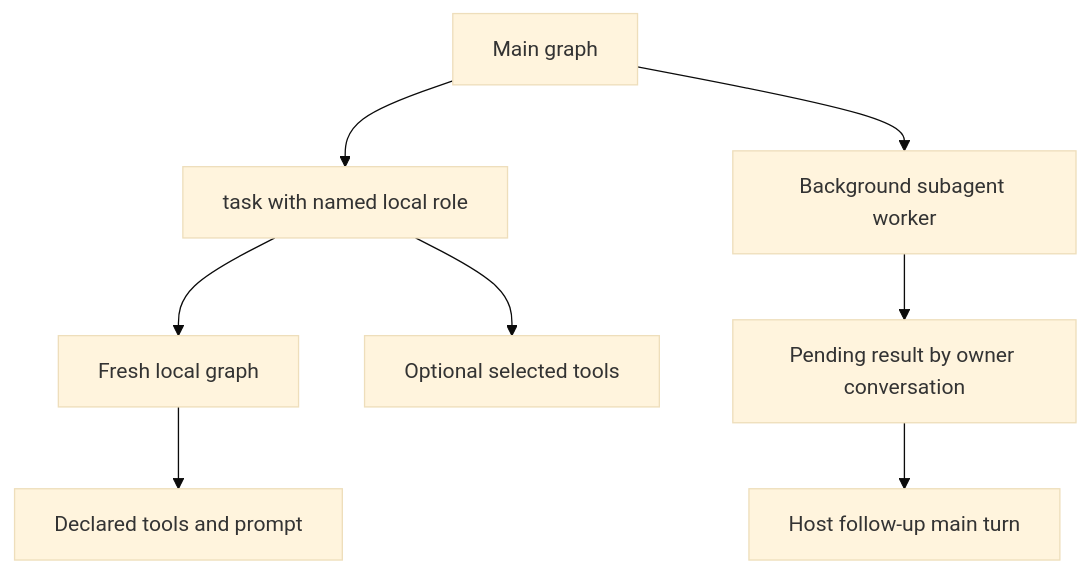
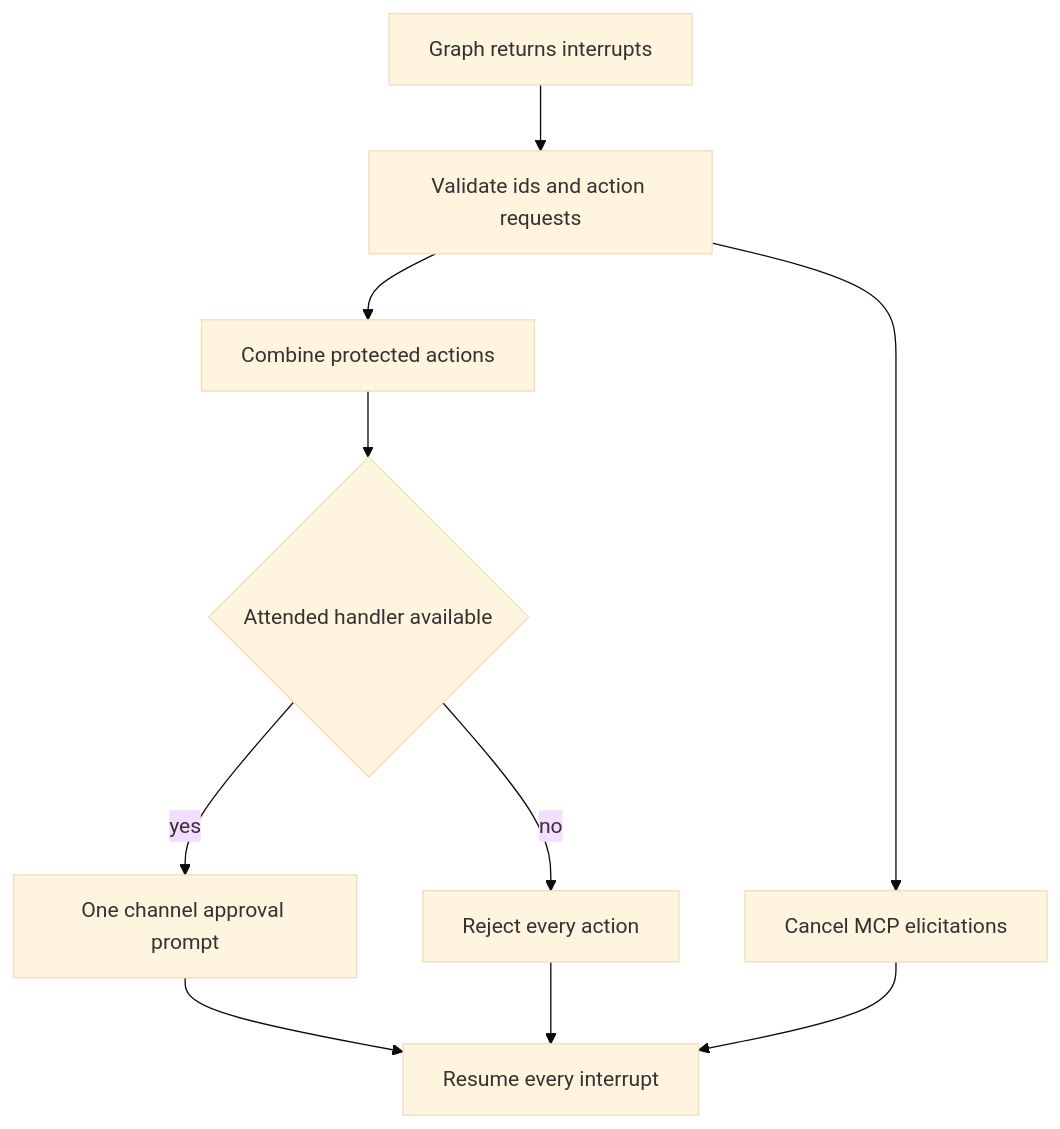
The second of 2 diagrams in openwiki/integrations/talon.md (langchain-ai/deepagents), drawn with Mermaid (base theme) before and after one commit. The commit also changed other lines of this file and 26 other files, not shown here.

````diff
--- a/openwiki/integrations/talon.md
+++ b/openwiki/integrations/talon.md
@@ -117,10 +91,12 @@
 ```mermaid
 flowchart TD
-    Main["Main graph"] --> Task["task with named local role"]
-    Task --> Fresh["Fresh local graph"]
-    Fresh --> Declared["Declared tools and prompt"]
-    Task --> Added["Optional selected tools"]
-    Main --> Async["Background subagent worker"]
-    Async --> Pending["Pending result by owner conversation"]
-    Pending --> Followup["Host follow-up main turn"]
+    Graph["Graph returns interrupts"] --> Validate["Validate ids and action requests"]
+    Validate --> Elicit["Cancel MCP elicitations"]
+    Validate --> Batch["Combine protected actions"]
+    Batch --> Handler{"Attended handler available"}
+    Handler -->|yes| Prompt["One channel approval prompt"]
+    Handler -->|no| Deny["Reject every action"]
+    Prompt --> Resume["Resume every interrupt"]
+    Deny --> Resume
+    Elicit --> Resume
 ```
````
